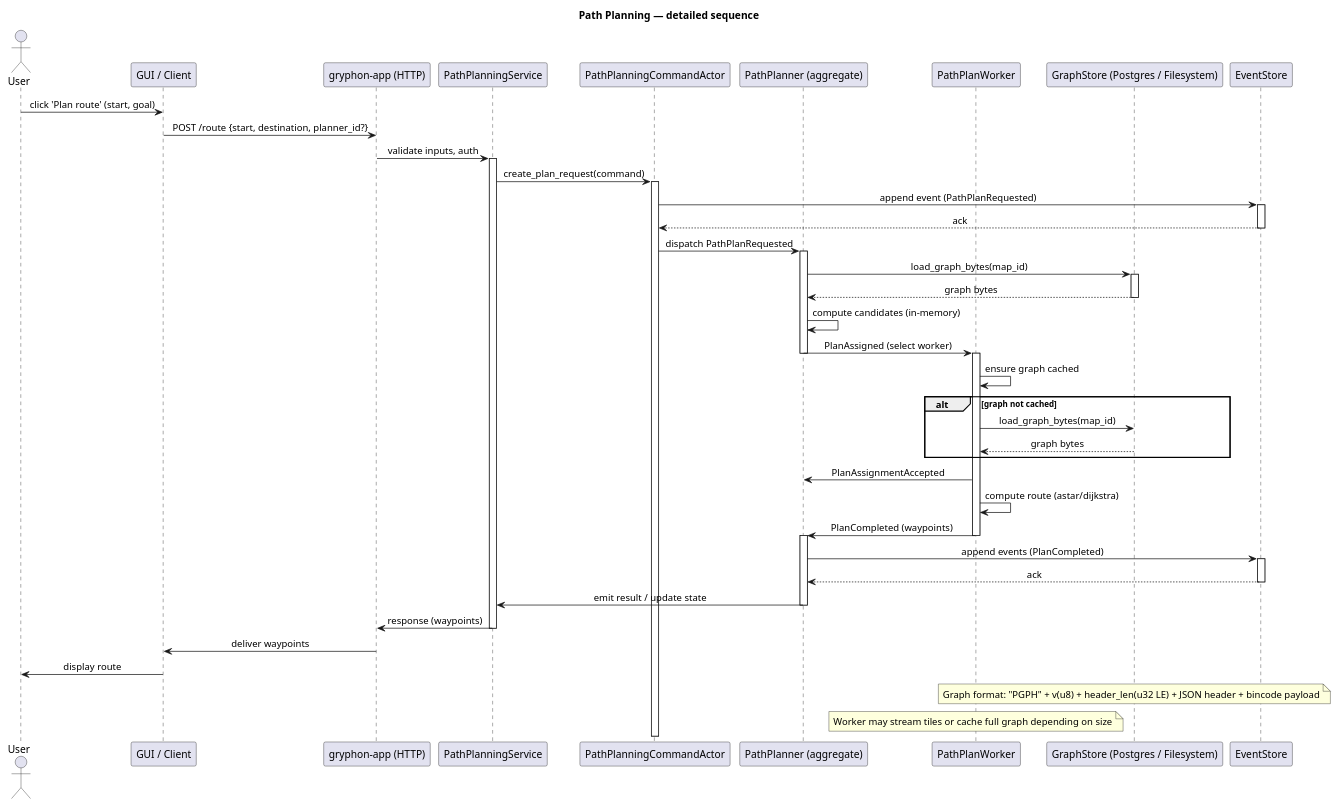
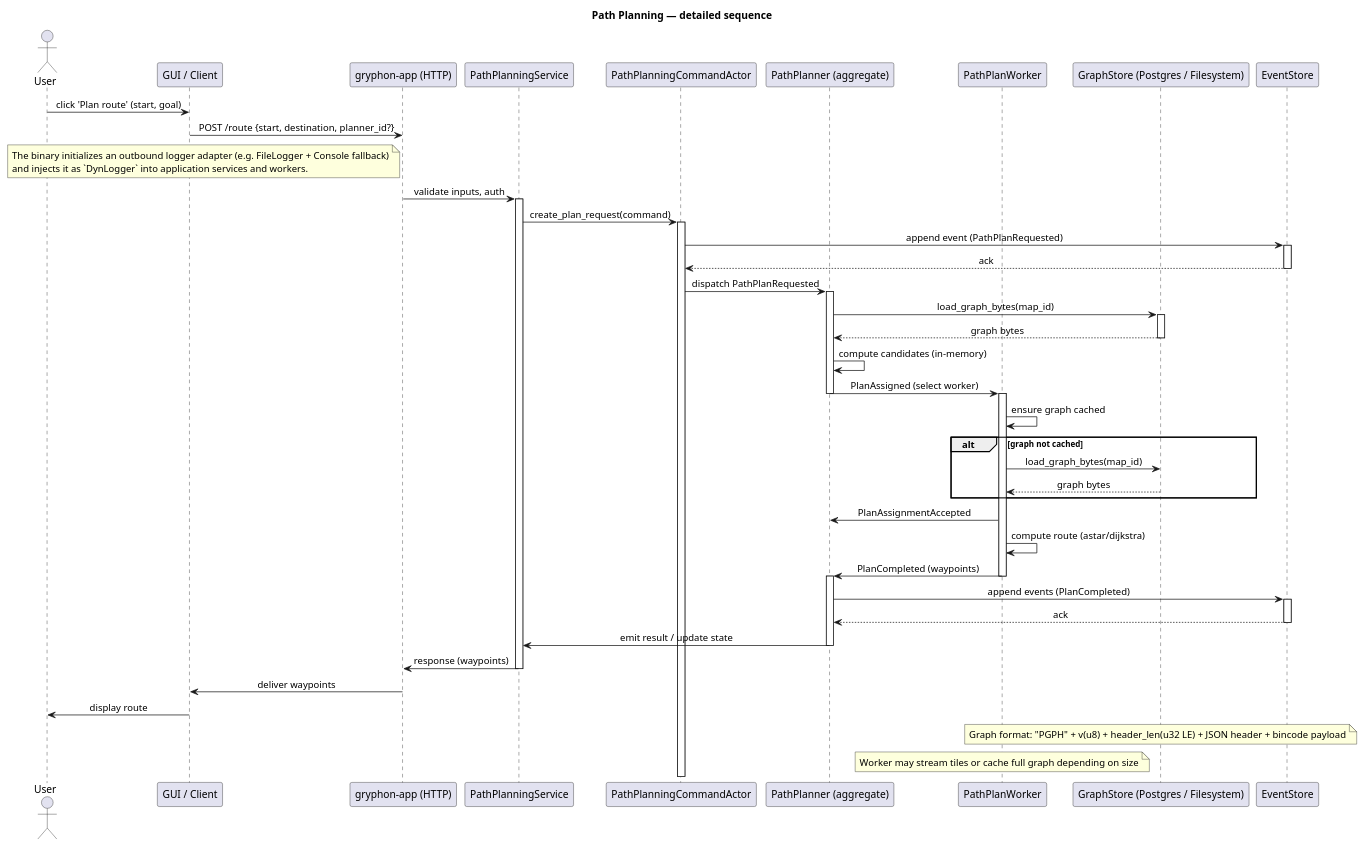
Before and after one commit to eikeschumann971/gryphon-app: the diagram in docs/diagrams/path_planning_sequence_detailed.puml, drawn with PlantUML. The commit also changed 13 other files, not shown here.

Commit message:
refactor: update documentation and diagrams for logger injection and path planning architecture

```diff
--- a/docs/diagrams/path_planning_sequence_detailed.puml
+++ b/docs/diagrams/path_planning_sequence_detailed.puml
@@ -1,62 +1,66 @@
 @startuml
 title Path Planning — detailed sequence
 skinparam sequenceMessageAlign center
 actor User
 participant GUI as "GUI / Client"
 participant API as "gryphon-app (HTTP)"
 participant Service as "PathPlanningService"
 participant CommandActor as "PathPlanningCommandActor"
 participant Planner as "PathPlanner (aggregate)"
 participant Worker as "PathPlanWorker"
 participant GraphStore as "GraphStore (Postgres / Filesystem)"
 participant EventStore as "EventStore"
 
 User -> GUI: click 'Plan route' (start, goal)
 GUI -> API: POST /route {start, destination, planner_id?}
+note left of API
+  The binary initializes an outbound logger adapter (e.g. FileLogger + Console fallback)
+  and injects it as `DynLogger` into application services and workers.
+end note
 API -> Service: validate inputs, auth
 activate Service
 Service -> CommandActor: create_plan_request(command)
 activate CommandActor
 CommandActor -> EventStore: append event (PathPlanRequested)
 activate EventStore
 EventStore --> CommandActor: ack
 deactivate EventStore
 
 CommandActor -> Planner: dispatch PathPlanRequested
 activate Planner
 Planner -> GraphStore: load_graph_bytes(map_id)
 activate GraphStore
 GraphStore --> Planner: graph bytes
 deactivate GraphStore
 Planner -> Planner: compute candidates (in-memory)
 Planner -> Worker: PlanAssigned (select worker)
 deactivate Planner
 
 activate Worker
 Worker -> Worker: ensure graph cached
 alt graph not cached
   Worker -> GraphStore: load_graph_bytes(map_id)
   GraphStore --> Worker: graph bytes
 end
 Worker -> Planner: PlanAssignmentAccepted
 Worker -> Worker: compute route (astar/dijkstra)
 Worker -> Planner: PlanCompleted (waypoints)
 deactivate Worker
 
 activate Planner
 Planner -> EventStore: append events (PlanCompleted)
 activate EventStore
 EventStore --> Planner: ack
 deactivate EventStore
 Planner -> Service: emit result / update state
 deactivate Planner
 
 Service -> API: response (waypoints)
 deactivate Service
 API -> GUI: deliver waypoints
 GUI -> User: display route
 
 note over GraphStore: Graph format: "PGPH" + v(u8) + header_len(u32 LE) + JSON header + bincode payload
 note over Worker: Worker may stream tiles or cache full graph depending on size
 
 @enduml
```
